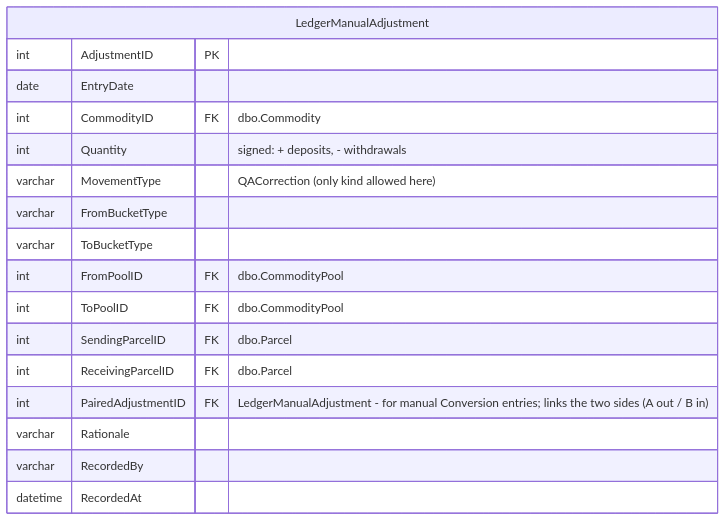
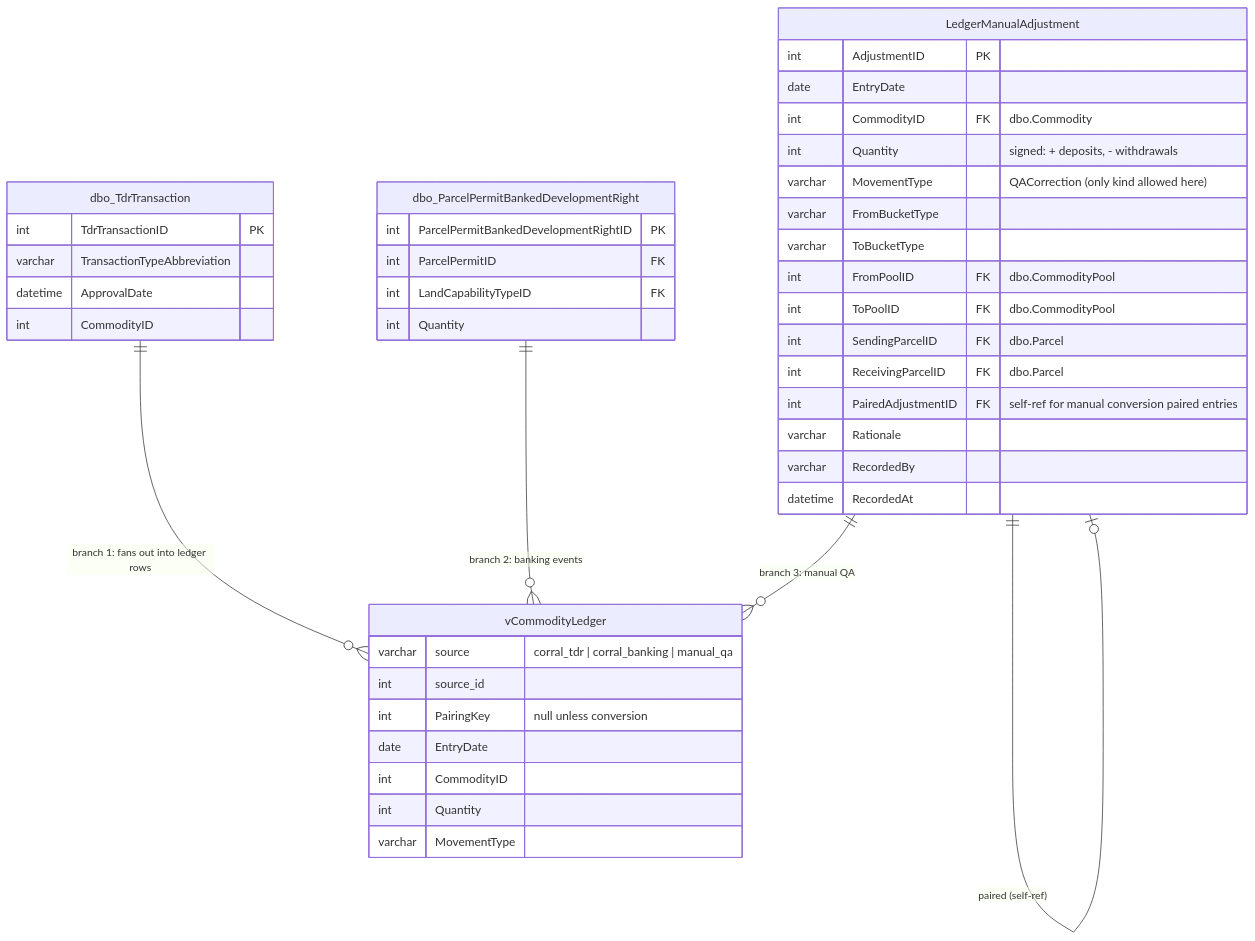
One commit to trpa-agency/Reporting changed the second of 4 diagrams in erd/target_schema.md. Above: the diagram before and after it, drawn with Mermaid. The commit also changed other lines of this file and 1 other file, not shown here.

First line of the commit message:
erd: restore dropped relationship arrows in proposed Mermaid ERDs

````diff
--- a/erd/target_schema.md
+++ b/erd/target_schema.md
@@ -368,20 +389,46 @@
 ```mermaid
 erDiagram
+    dbo_TdrTransaction {
+        int TdrTransactionID PK
+        varchar TransactionTypeAbbreviation
+        datetime ApprovalDate
+        int CommodityID
+    }
+    dbo_ParcelPermitBankedDevelopmentRight {
+        int ParcelPermitBankedDevelopmentRightID PK
+        int ParcelPermitID FK
+        int LandCapabilityTypeID FK
+        int Quantity
+    }
     LedgerManualAdjustment {
         int AdjustmentID PK
         date EntryDate
         int CommodityID FK "dbo.Commodity"
         int Quantity "signed: + deposits, - withdrawals"
         varchar MovementType "QACorrection (only kind allowed here)"
         varchar FromBucketType
         varchar ToBucketType
         int FromPoolID FK "dbo.CommodityPool"
         int ToPoolID FK "dbo.CommodityPool"
         int SendingParcelID FK "dbo.Parcel"
         int ReceivingParcelID FK "dbo.Parcel"
-        int PairedAdjustmentID FK "LedgerManualAdjustment - for manual Conversion entries; links the two sides (A out / B in)"
+        int PairedAdjustmentID FK "self-ref for manual conversion paired entries"
         varchar Rationale
         varchar RecordedBy
         datetime RecordedAt
     }
+    vCommodityLedger {
+        varchar source "corral_tdr | corral_banking | manual_qa"
+        int source_id
+        int PairingKey "null unless conversion"
+        date EntryDate
+        int CommodityID
+        int Quantity
+        varchar MovementType
+    }
+
+    dbo_TdrTransaction                       ||--o{ vCommodityLedger : "branch 1: fans out into ledger rows"
+    dbo_ParcelPermitBankedDevelopmentRight   ||--o{ vCommodityLedger : "branch 2: banking events"
+    LedgerManualAdjustment                   ||--o{ vCommodityLedger : "branch 3: manual QA"
+    LedgerManualAdjustment                   ||--o| LedgerManualAdjustment : "paired (self-ref)"
 ```
````
